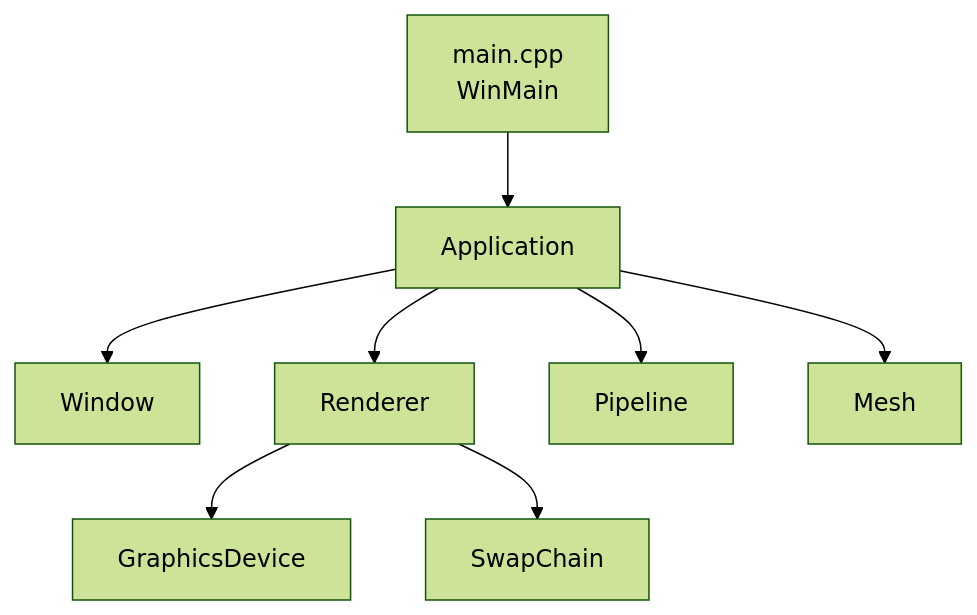
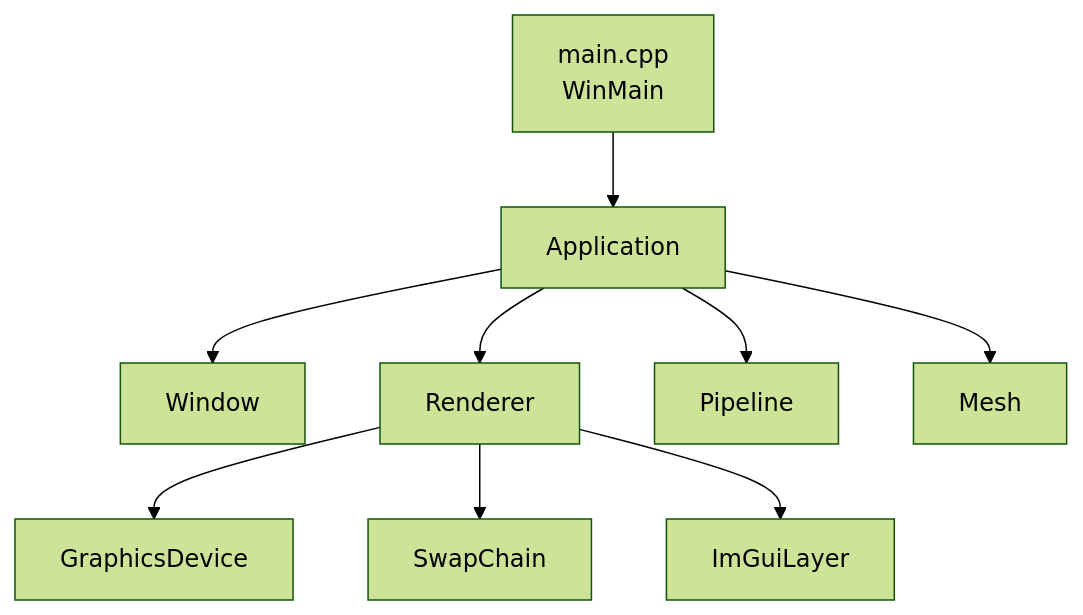
The first of 2 diagrams in Docs/クラス構成.md (KRKRKRKRKRKRKRKRKRKR/RNEngine), drawn with Mermaid (forest theme) before and after one commit. The commit also changed other lines of this file and 24 other files, not shown here.

````diff
--- a/Docs/クラス構成.md
+++ b/Docs/クラス構成.md
@@ -4,10 +4,11 @@
 ```mermaid
 graph TD
     main["main.cpp<br/>WinMain"] --> App[Application]
     App --> Window
     App --> Renderer
     App --> Pipeline
     App --> Mesh
     Renderer --> GD[GraphicsDevice]
     Renderer --> SC[SwapChain]
+    Renderer --> UI[ImGuiLayer]
 ```
````
